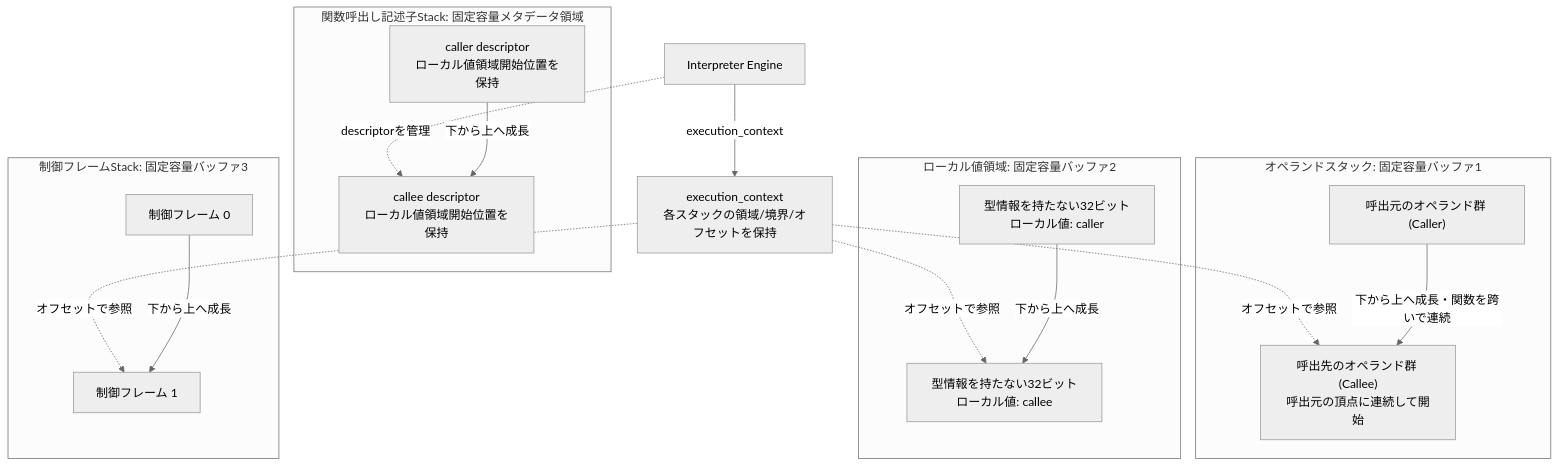
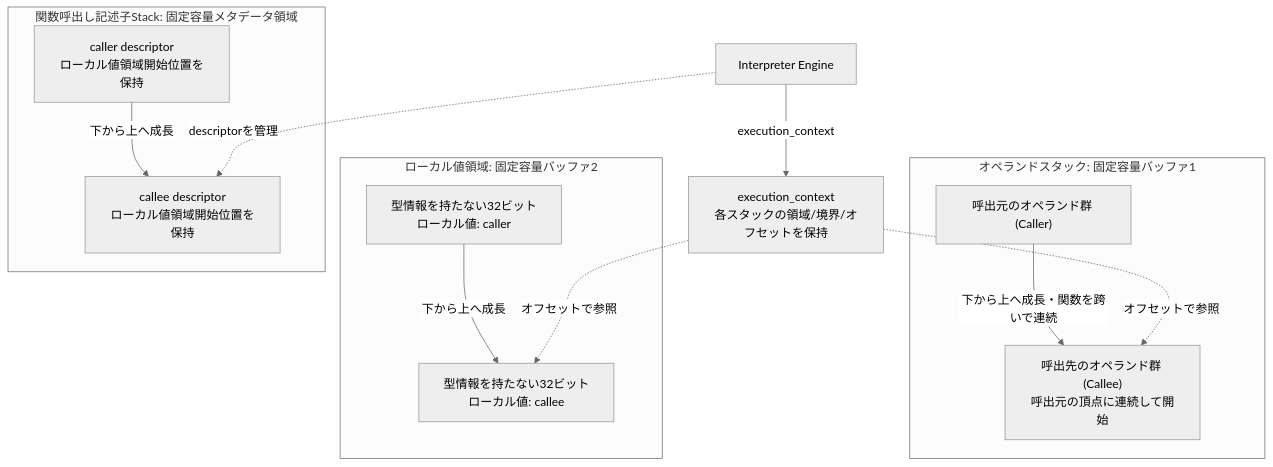
One commit to kmt-t/fireball changed the first of 6 diagrams in docs/components/tier2_runtime/interpreter.md. Above: the diagram before and after it, drawn with Mermaid (neutral theme). The commit also changed other lines of this file and 633 other files, not shown here.

````diff
--- a/docs/components/tier2_runtime/interpreter.md
+++ b/docs/components/tier2_runtime/interpreter.md
@@ -47,34 +54,27 @@
 ```mermaid
 graph TD
     Ctx["execution_context<br/>各スタックの領域/境界/オフセットを保持"]
 
     subgraph Operand_Stack_Memory["オペランドスタック: 固定容量バッファ1"]
         Op0["呼出元のオペランド群 (Caller)"]
         Op1["呼出先のオペランド群 (Callee)<br/>呼出元の頂点に連続して開始"]
     end
 
     subgraph Local_Stack_Memory["ローカル値領域: 固定容量バッファ2"]
         Loc0["型情報を持たない32ビットローカル値: caller"]
         Loc1["型情報を持たない32ビットローカル値: callee"]
     end
 
     subgraph Call_Frame_Memory["関数呼出し記述子Stack: 固定容量メタデータ領域"]
         Frame0["caller descriptor<br/>ローカル値領域開始位置を保持"]
         Frame1["callee descriptor<br/>ローカル値領域開始位置を保持"]
     end
 
-    subgraph Control_Frame_Memory["制御フレームStack: 固定容量バッファ3"]
-        Ctrl0["制御フレーム 0"]
-        Ctrl1["制御フレーム 1"]
-    end
-
     Engine[Interpreter Engine] -- execution_context --> Ctx
     Ctx -. "オフセットで参照" .-> Op1
     Ctx -. "オフセットで参照" .-> Loc1
-    Ctx -. "オフセットで参照" .-> Ctrl1
     Engine -. "descriptorを管理" .-> Frame1
     Op0 -- "下から上へ成長・関数を跨いで連続" --> Op1
     Loc0 -- "下から上へ成長" --> Loc1
     Frame0 -- "下から上へ成長" --> Frame1
-    Ctrl0 -- "下から上へ成長" --> Ctrl1
 ```
````
